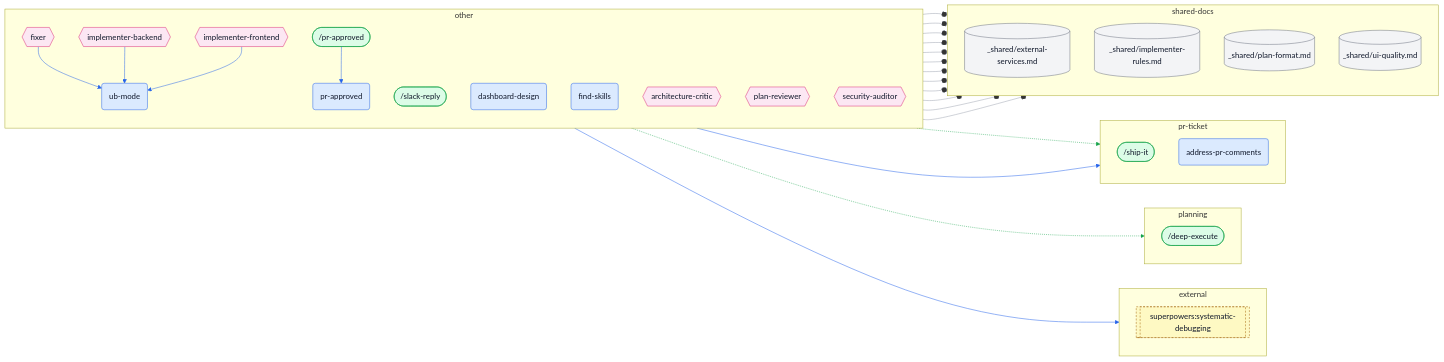
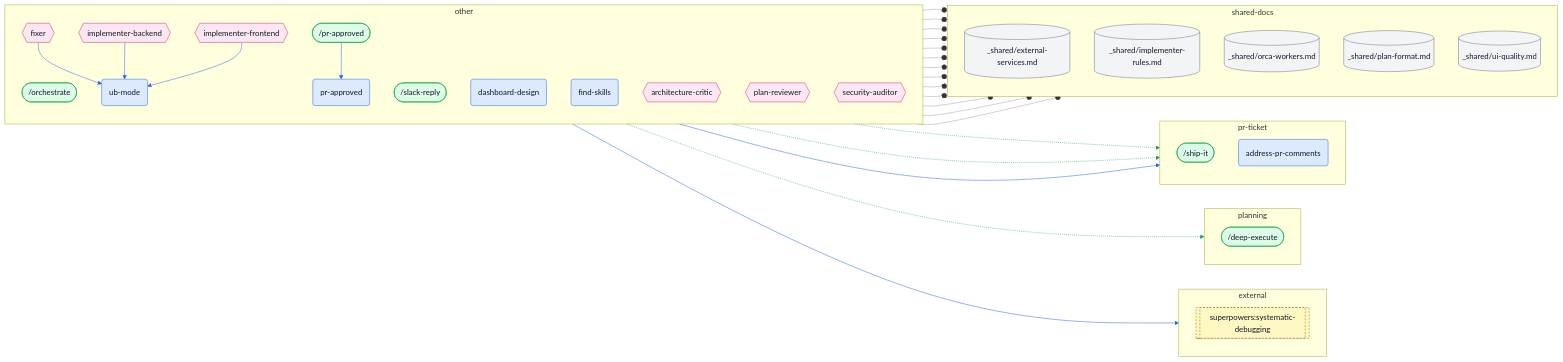
One commit to ybarsotti/dotfiles changed the third of 10 diagrams in docs/skills-map.md. Above: the diagram before and after it, drawn with Mermaid. The commit also changed other lines of this file and 2 other files, not shown here.

Commit message:
feat(commands): add /orchestrate coordinator mode
The command turns the session into a coordinator. It splits the tasks into batches, delegates each batch to an Orca worker or a subagent, checks the results, and reports. It reuses orca-workers.md and the agent model rules.

```diff
--- a/docs/skills-map.md
+++ b/docs/skills-map.md
@@ -223,6 +223,7 @@
   end
   subgraph cl_other["other"]
     direction TB
+    c_orchestrate(["/orchestrate"]):::command
     c_pr_approved(["/pr-approved"]):::command
     c_slack_reply(["/slack-reply"]):::command
     s_dashboard_design("dashboard-design"):::skill
@@ -249,6 +250,7 @@
     direction TB
     d_external_services[("_shared/external-services.md")]:::shared
     d_implementer_rules[("_shared/implementer-rules.md")]:::shared
+    d_orca_workers[("_shared/orca-workers.md")]:::shared
     d_plan_format[("_shared/plan-format.md")]:::shared
     d_ui_quality[("_shared/ui-quality.md")]:::shared
   end
@@ -267,6 +269,8 @@
   a_plan_reviewer --o d_implementer_rules
   a_plan_reviewer --o d_plan_format
   a_plan_reviewer --o d_ui_quality
+  c_orchestrate -.-> c_ship_it
+  c_orchestrate --o d_orca_workers
   c_pr_approved --> s_pr_approved
   s_pr_approved -.-> c_deep_execute
   s_pr_approved -.-> c_ship_it
@@ -287,11 +291,13 @@
   linkStyle 12 stroke:#9ca3af
   linkStyle 13 stroke:#9ca3af
   linkStyle 14 stroke:#9ca3af
-  linkStyle 15 stroke:#2563eb
-  linkStyle 16 stroke:#16a34a
-  linkStyle 17 stroke:#16a34a
-  linkStyle 18 stroke:#2563eb
-  linkStyle 19 stroke:#2563eb
+  linkStyle 15 stroke:#16a34a
+  linkStyle 16 stroke:#9ca3af
+  linkStyle 17 stroke:#2563eb
+  linkStyle 18 stroke:#16a34a
+  linkStyle 19 stroke:#16a34a
+  linkStyle 20 stroke:#2563eb
+  linkStyle 21 stroke:#2563eb
   classDef skill fill:#dbeafe,stroke:#2563eb,color:#0f172a
   classDef command fill:#dcfce7,stroke:#16a34a,color:#0f172a
   classDef agent fill:#fce7f3,stroke:#db2777,color:#0f172a
```
